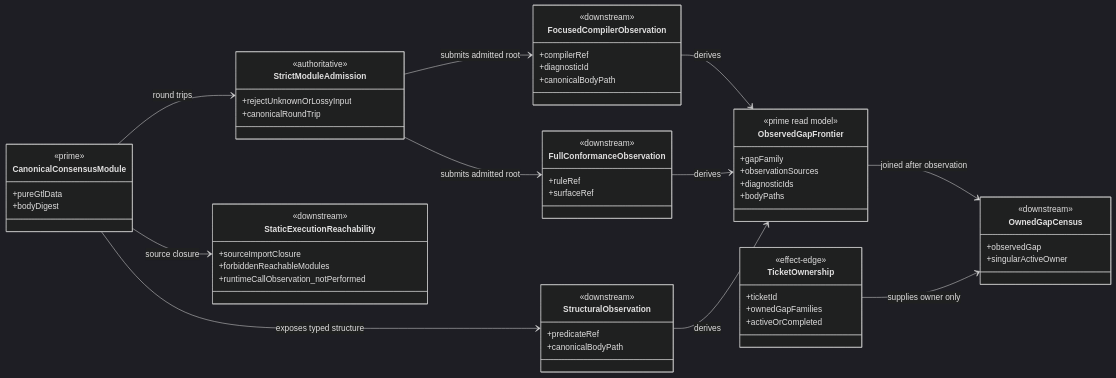
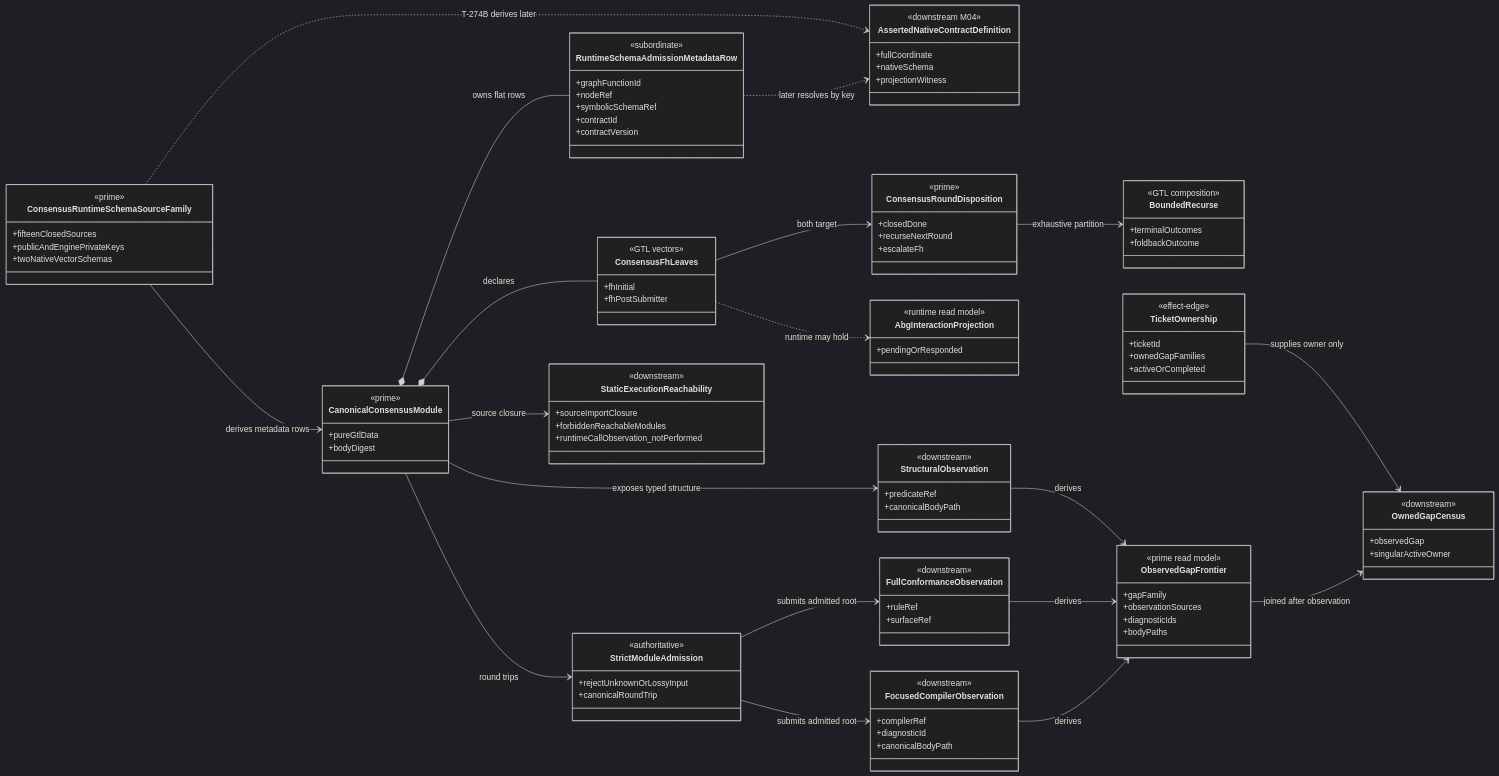
Before and after one commit to foolishimp/abiogenesis: the first of 3 diagrams in build_tenants/abiogenesis/typescript/design/M01_M03_CONSENSUS_GTL_FREE_CONSTRUCTION_BEHAVIOR_DESIGN.md, drawn with Mermaid (dark theme). The commit also changed other lines of this file and 7 other files, not shown here.

```diff
--- a/build_tenants/abiogenesis/typescript/design/M01_M03_CONSENSUS_GTL_FREE_CONSTRUCTION_BEHAVIOR_DESIGN.md
+++ b/build_tenants/abiogenesis/typescript/design/M01_M03_CONSENSUS_GTL_FREE_CONSTRUCTION_BEHAVIOR_DESIGN.md
@@ -96,10 +253,59 @@
     +bodyDigest
   }
 
+  class ConsensusRuntimeSchemaSourceFamily {
+    <<prime>>
+    <<authoritative>>
+    +fifteenClosedSources
+    +publicAndEnginePrivateKeys
+    +twoNativeVectorSchemas
+  }
+
+  class RuntimeSchemaAdmissionMetadataRow {
+    <<subordinate>>
+    +graphFunctionId
+    +nodeRef
+    +symbolicSchemaRef
+    +contractId
+    +contractVersion
+  }
+
+  class AssertedNativeContractDefinition {
+    <<downstream M04>>
+    +fullCoordinate
+    +nativeSchema
+    +projectionWitness
+  }
+
   class StrictModuleAdmission {
     <<authoritative>>
     +rejectUnknownOrLossyInput
     +canonicalRoundTrip
+  }
+
+  class ConsensusFhLeaves {
+    <<GTL vectors>>
+    +fhInitial
+    +fhPostSubmitter
+  }
+
+  class ConsensusRoundDisposition {
+    <<prime>>
+    <<authoritative>>
+    +closedDone
+    +recurseNextRound
+    +escalateFh
+  }
+
+  class AbgInteractionProjection {
+    <<runtime read model>>
+    +pendingOrResponded
+  }
+
+  class BoundedRecurse {
+    <<GTL composition>>
+    +terminalOutcomes
+    +foldbackOutcome
   }
 
   class FocusedCompilerObservation {
@@ -149,7 +355,15 @@
     +runtimeCallObservation_notPerformed
   }
 
+  ConsensusRuntimeSchemaSourceFamily --> CanonicalConsensusModule : derives metadata rows
+  CanonicalConsensusModule *-- RuntimeSchemaAdmissionMetadataRow : owns flat rows
+  RuntimeSchemaAdmissionMetadataRow ..> AssertedNativeContractDefinition : later resolves by key
+  ConsensusRuntimeSchemaSourceFamily ..> AssertedNativeContractDefinition : T-274B derives later
   CanonicalConsensusModule --> StrictModuleAdmission : round trips
+  CanonicalConsensusModule *-- ConsensusFhLeaves : declares
+  ConsensusFhLeaves --> ConsensusRoundDisposition : both target
+  ConsensusFhLeaves ..> AbgInteractionProjection : runtime may hold
+  ConsensusRoundDisposition --> BoundedRecurse : exhaustive partition
   StrictModuleAdmission --> FocusedCompilerObservation : submits admitted root
   StrictModuleAdmission --> FullConformanceObservation : submits admitted root
   CanonicalConsensusModule --> StructuralObservation : exposes typed structure
```
